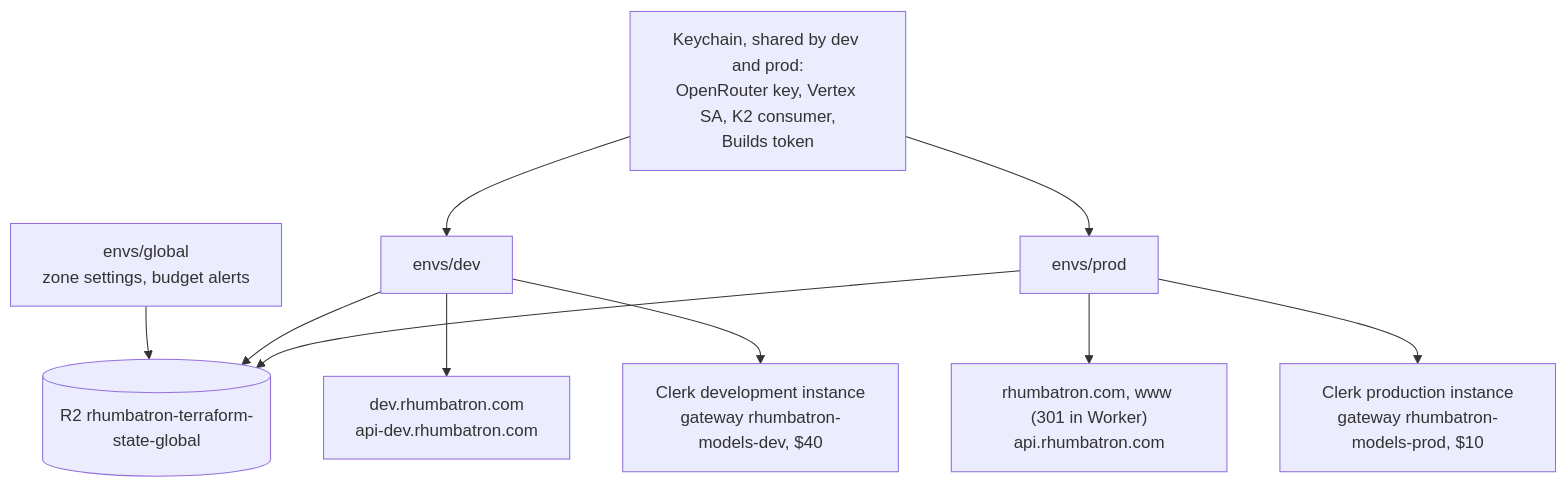
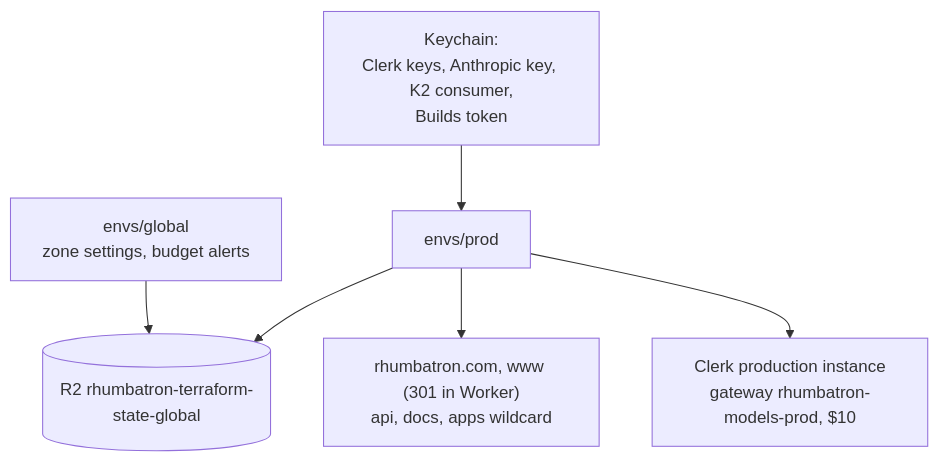
The diagram in docs/adr/0017-prod-environment.md (nsudhanva/rhumbatron), drawn with Mermaid before and after one commit. The commit also changed other lines of this file and 25 other files, not shown here.

````diff
--- a/docs/adr/0017-prod-environment.md
+++ b/docs/adr/0017-prod-environment.md
@@ -238,14 +117,9 @@
 ```mermaid
 flowchart TB
   S[("R2 rhumbatron-terraform-state-global")]
   G["envs/global<br/>zone settings, budget alerts"] --> S
-  D["envs/dev"] --> S
   P["envs/prod"] --> S
-  K["Keychain, shared by dev and prod:<br/>OpenRouter key, Vertex SA, K2 consumer,<br/>Builds token"]
-  K --> D
-  K --> P
-  D --> DH["dev.rhumbatron.com<br/>api-dev.rhumbatron.com"]
-  P --> PH["rhumbatron.com, www (301 in Worker)<br/>api.rhumbatron.com"]
-  D --> DC["Clerk development instance<br/>gateway rhumbatron-models-dev, $40"]
-  P --> PC["Clerk production instance<br/>gateway rhumbatron-models-prod, $10"]
+  K["Keychain:<br/>Clerk keys, Anthropic key, K2 consumer,<br/>Builds token"] --> P
+  P --> H["rhumbatron.com, www (301 in Worker)<br/>api, docs, apps wildcard"]
+  P --> C["Clerk production instance<br/>gateway rhumbatron-models-prod, $10"]
 ```
````
